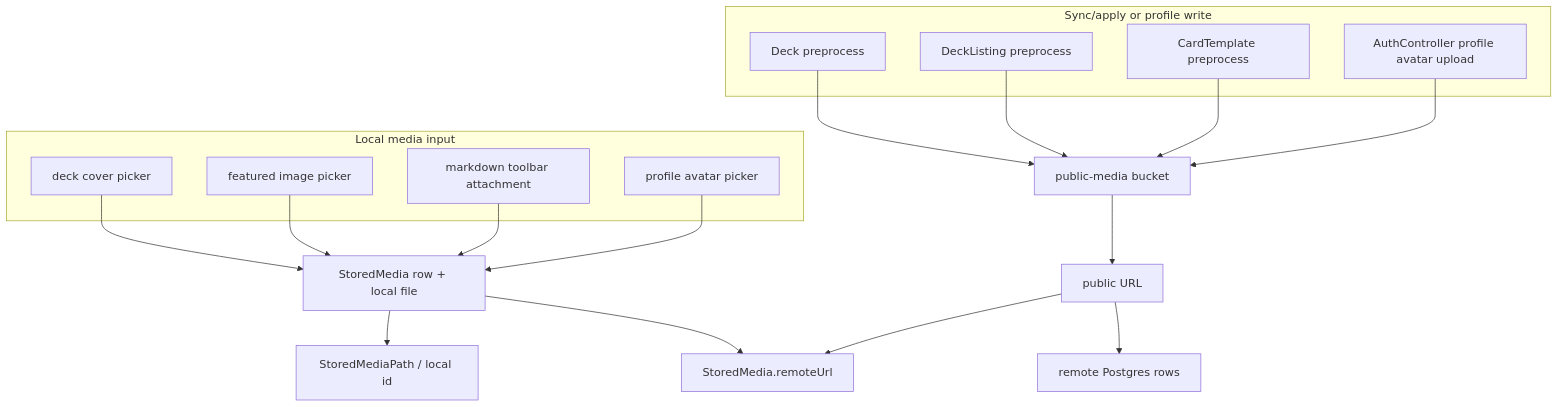
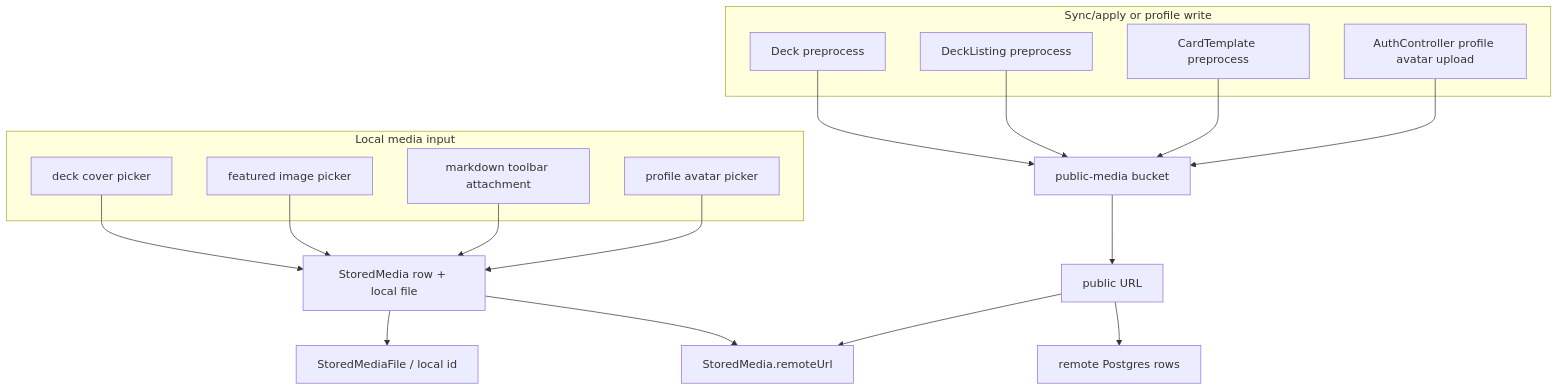
Before and after one commit to GuyWithBag/boo_mondai: the second of 18 diagrams in documentation/refactor/stored_media_sync_refactor_graphs.md, drawn with Mermaid. The commit also changed other lines of this file and 11 other files, not shown here.

````diff
--- a/documentation/refactor/stored_media_sync_refactor_graphs.md
+++ b/documentation/refactor/stored_media_sync_refactor_graphs.md
@@ -51,33 +51,33 @@
 ```mermaid
 flowchart TD
     subgraph LocalInput["Local media input"]
         CoverPick["deck cover picker"]
         FeaturedPick["featured image picker"]
         MarkdownAttach["markdown toolbar attachment"]
         AvatarPick["profile avatar picker"]
     end
 
     CoverPick --> StoredMedia["StoredMedia row + local file"]
     FeaturedPick --> StoredMedia
     MarkdownAttach --> StoredMedia
     AvatarPick --> StoredMedia
 
-    StoredMedia --> StoredMediaPath["StoredMediaPath / local id"]
+    StoredMedia --> StoredMediaFile["StoredMediaFile / local id"]
     StoredMedia --> RemoteUrl["StoredMedia.remoteUrl"]
 
     subgraph SyncApply["Sync/apply or profile write"]
         DeckPreprocess["Deck preprocess"]
         ListingPreprocess["DeckListing preprocess"]
         CardPreprocess["CardTemplate preprocess"]
         ProfileUpload["AuthController profile avatar upload"]
     end
 
     DeckPreprocess --> Bucket["public-media bucket"]
     ListingPreprocess --> Bucket
     CardPreprocess --> Bucket
     ProfileUpload --> Bucket
 
     Bucket --> PublicUrl["public URL"]
     PublicUrl --> RemoteUrl
     PublicUrl --> RemoteRows["remote Postgres rows"]
 ```
````
